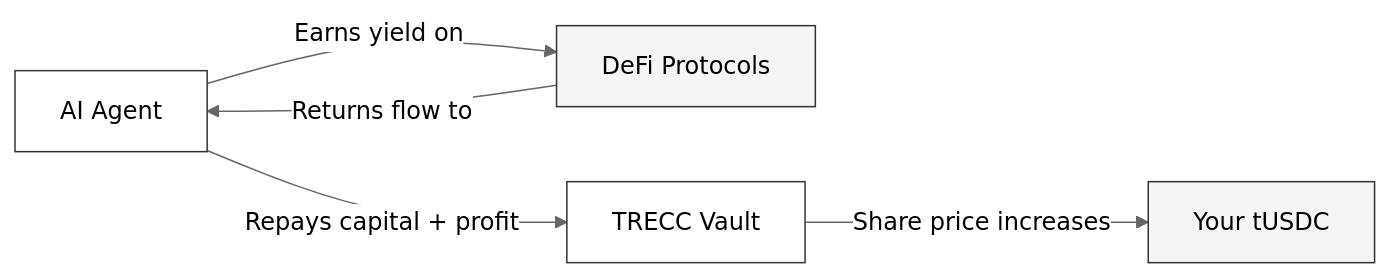
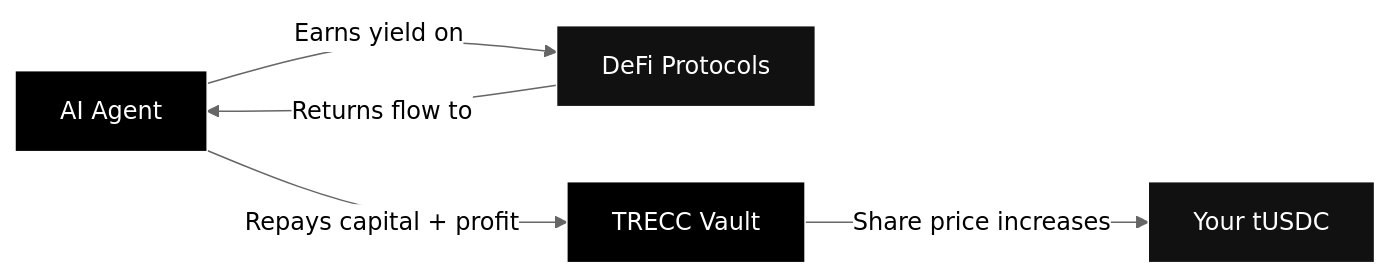
Before and after one commit to TRECC-eth/docs: the diagram in lenders/yield-and-returns.mdx, drawn with Mermaid (neutral theme). The commit also changed 12 other files, not shown here.

Commit message:
changed diagram colours

````diff
--- a/lenders/yield-and-returns.mdx
+++ b/lenders/yield-and-returns.mdx
@@ -21,12 +21,12 @@
 ```mermaid
 graph LR
     AGENT[AI Agent] -->|Earns yield on| DEFI[DeFi Protocols]
     DEFI -->|Returns flow to| AGENT
     AGENT -->|Repays capital + profit| VAULT[TRECC Vault]
     VAULT -->|Share price increases| YOU[Your tUSDC]
 
-    style AGENT fill:#ffffff,stroke:#333333
-    style DEFI fill:#f5f5f5,stroke:#333333
-    style VAULT fill:#ffffff,stroke:#333333
-    style YOU fill:#f5f5f5,stroke:#333333
+    style AGENT fill:#000000,stroke:#ffffff,color:#ffffff
+    style DEFI fill:#111111,stroke:#ffffff,color:#ffffff
+    style VAULT fill:#000000,stroke:#ffffff,color:#ffffff
+    style YOU fill:#111111,stroke:#ffffff,color:#ffffff
 ```
````
